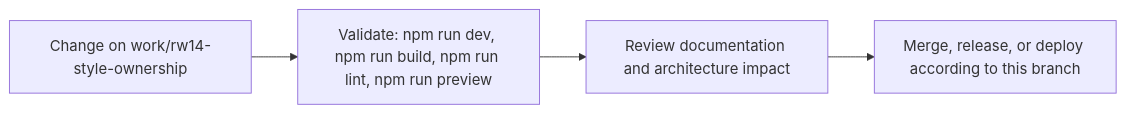
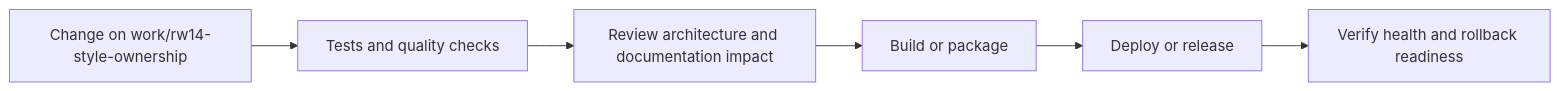
The fourth of 5 diagrams in README.md (Nischhalsubba/Reeja-Maharjan-Website-2026), drawn with Mermaid before and after one commit. The commit also changed other lines of this file, not shown here.

````diff
--- a/README.md
+++ b/README.md
@@ -81,8 +161,8 @@
 ```mermaid
 flowchart LR
-    CHANGE["Change on work/rw14-style-ownership"]
-    CHECK["Validate: npm run dev, npm run build, npm run lint, npm run preview"]
-    REVIEW["Review documentation and architecture impact"]
-    RELEASE["Merge, release, or deploy according to this branch"]
-    CHANGE --> CHECK --> REVIEW --> RELEASE
+    CHANGE["Change on work/rw14-style-ownership"] --> CHECK["Tests and quality checks"]
+    CHECK --> REVIEW["Review architecture and documentation impact"]
+    REVIEW --> BUILD["Build or package"]
+    BUILD --> DEPLOY["Deploy or release"]
+    DEPLOY --> VERIFY["Verify health and rollback readiness"]
 ```
````
